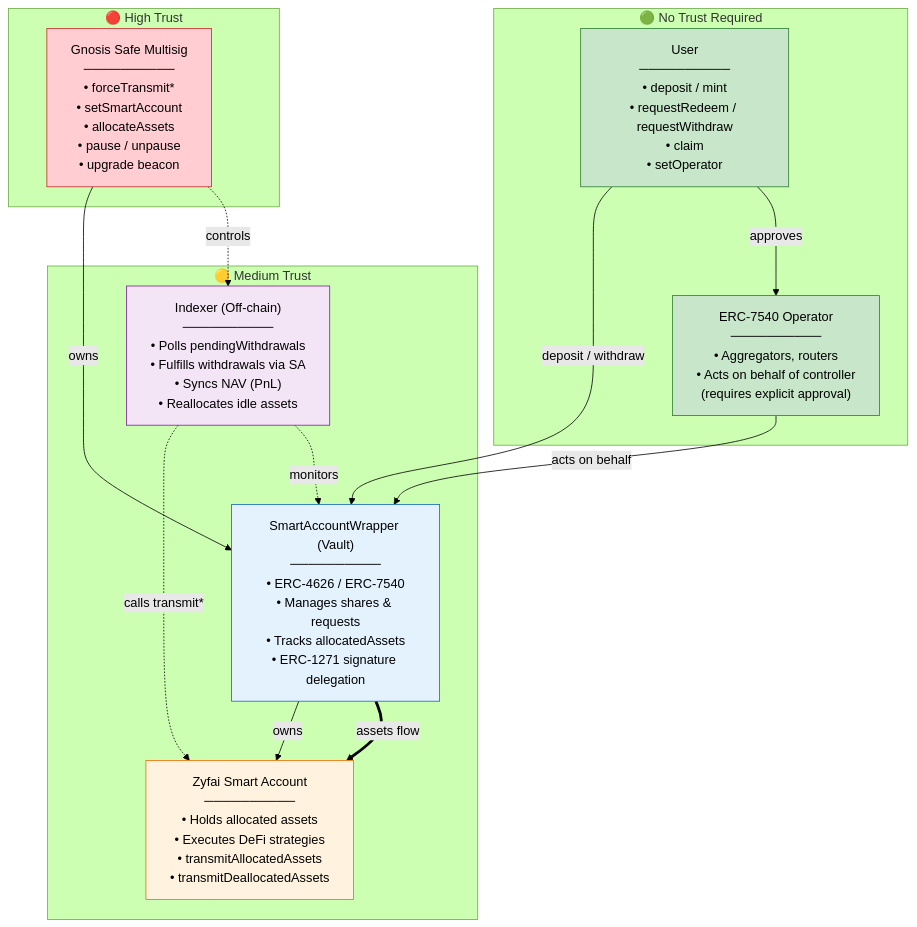
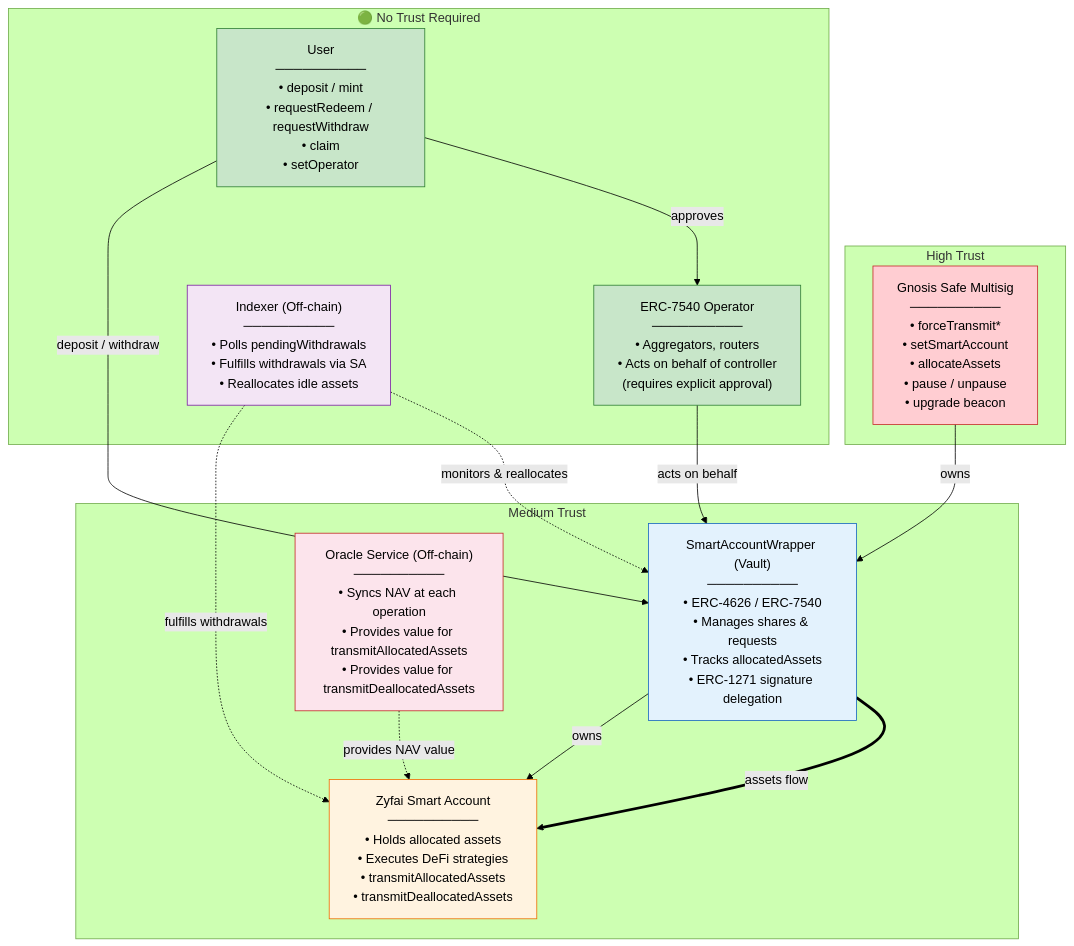
The second of 10 diagrams in ARCHITECTURE.md (ondefy/erc7540-wrapper), drawn with Mermaid (forest theme) before and after one commit. The commit also changed other lines of this file, not shown here.

Commit message:
fix: new graph

````diff
--- a/ARCHITECTURE.md
+++ b/ARCHITECTURE.md
@@ -72,44 +77,49 @@
 ```mermaid
 graph TB
-    subgraph TRUST_HIGH ["🔴 High Trust"]
+    subgraph TRUST_HIGH ["High Trust"]
         MULTISIG["Gnosis Safe Multisig<br/>──────────<br/>• forceTransmit*<br/>• setSmartAccount<br/>• allocateAssets<br/>• pause / unpause<br/>• upgrade beacon"]
     end
 
-    subgraph TRUST_MED ["🟡 Medium Trust"]
+    subgraph TRUST_MED ["Medium Trust"]
         VAULT["SmartAccountWrapper (Vault)<br/>──────────<br/>• ERC-4626 / ERC-7540<br/>• Manages shares & requests<br/>• Tracks allocatedAssets<br/>• ERC-1271 signature delegation"]
         
         SMART_ACCOUNT["Zyfai Smart Account<br/>──────────<br/>• Holds allocated assets<br/>• Executes DeFi strategies<br/>• transmitAllocatedAssets<br/>• transmitDeallocatedAssets"]
         
-        INDEXER["Indexer (Off-chain)<br/>──────────<br/>• Polls pendingWithdrawals<br/>• Fulfills withdrawals via SA<br/>• Syncs NAV (PnL)<br/>• Reallocates idle assets"]
+        ORACLE["Oracle Service (Off-chain)<br/>──────────<br/>• Syncs NAV at each operation<br/>• Provides value for transmitAllocatedAssets<br/>• Provides value for transmitDeallocatedAssets"]
     end
 
     subgraph TRUST_LOW ["🟢 No Trust Required"]
         USER["User<br/>──────────<br/>• deposit / mint<br/>• requestRedeem / requestWithdraw<br/>• claim<br/>• setOperator"]
         
         OPERATOR["ERC-7540 Operator<br/>──────────<br/>• Aggregators, routers<br/>• Acts on behalf of controller<br/>(requires explicit approval)"]
+        
+        INDEXER["Indexer (Off-chain)<br/>──────────<br/>• Polls pendingWithdrawals<br/>• Fulfills withdrawals via SA<br/>• Reallocates idle assets"]
     end
 
     %% Ownership chain
     MULTISIG -->|"owns"| VAULT
     VAULT -->|"owns"| SMART_ACCOUNT
     
+    %% Oracle interactions
+    ORACLE -.->|"provides NAV value"| SMART_ACCOUNT
+    
     %% Indexer interactions
-    MULTISIG -.->|"controls"| INDEXER
-    INDEXER -.->|"calls transmit*"| SMART_ACCOUNT
-    INDEXER -.->|"monitors"| VAULT
+    INDEXER -.->|"fulfills withdrawals"| SMART_ACCOUNT
+    INDEXER -.->|"monitors & reallocates"| VAULT
     
     %% User interactions
     USER -->|"deposit / withdraw"| VAULT
     USER -->|"approves"| OPERATOR
     OPERATOR -->|"acts on behalf"| VAULT
     
     %% Asset flow
     VAULT ==>|"assets flow"| SMART_ACCOUNT
 
     style MULTISIG fill:#ffcdd2,stroke:#c62828
     style VAULT fill:#e3f2fd,stroke:#1565c0
     style SMART_ACCOUNT fill:#fff3e0,stroke:#ef6c00
+    style ORACLE fill:#fce4ec,stroke:#c62828
     style INDEXER fill:#f3e5f5,stroke:#7b1fa2
     style USER fill:#c8e6c9,stroke:#2e7d32
     style OPERATOR fill:#c8e6c9,stroke:#2e7d32
 ```
````
